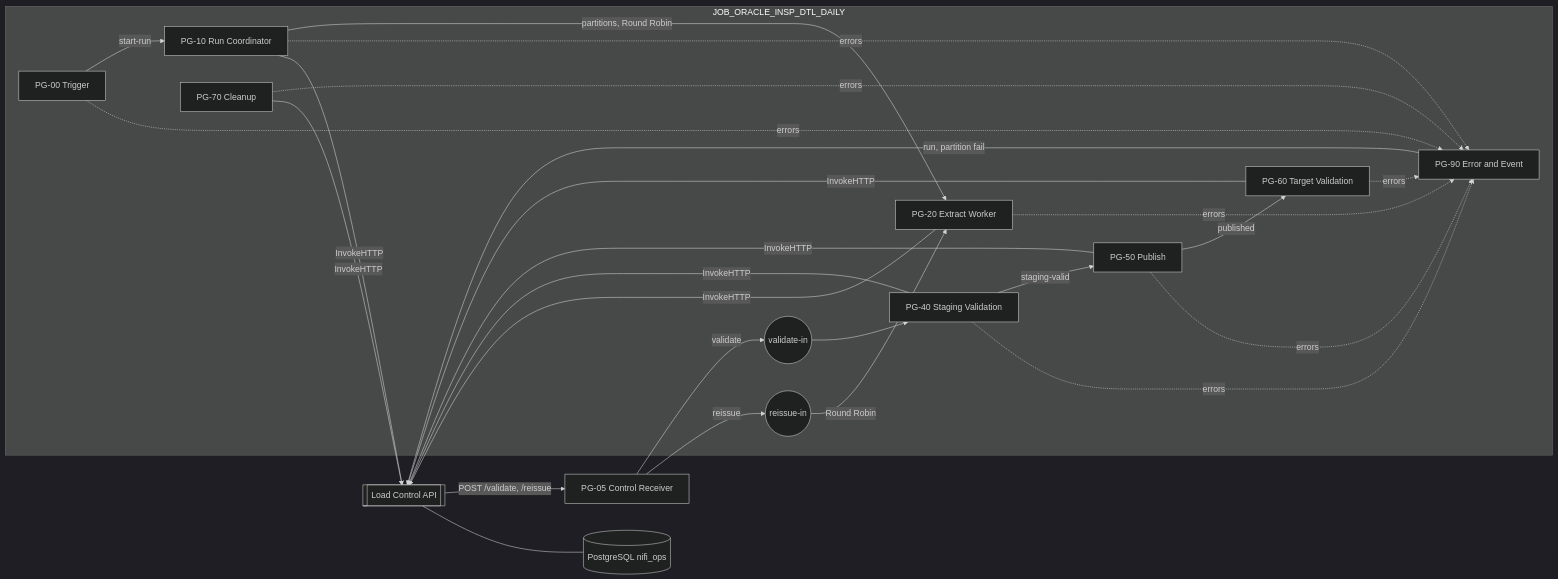
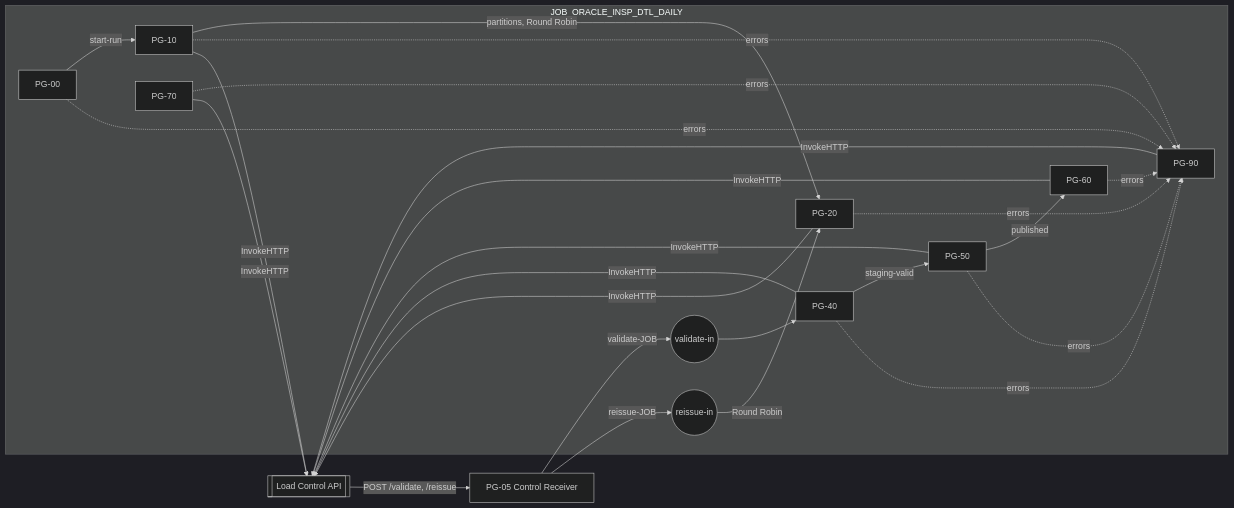
One commit to DataDynamics/nifi-sqoop-removal changed the first of 2 diagrams in nifi-sqoop-removal-guide.md. Above: the diagram before and after it, drawn with Mermaid (dark theme). The commit also changed other lines of this file and 53 other files, not shown here.

````diff
--- a/nifi-sqoop-removal-guide.md
+++ b/nifi-sqoop-removal-guide.md
@@ -221,20 +68,18 @@
 ```mermaid
 flowchart LR
     API[[Load Control API]] -->|POST /validate, /reissue| R5[PG-05 Control Receiver]
     subgraph JOB[JOB_ORACLE_INSP_DTL_DAILY]
-        T[PG-00 Trigger] -->|start-run| C[PG-10 Run Coordinator]
-        C -->|partitions, Round Robin| W[PG-20 Extract Worker]
-        VI((validate-in)) --> S[PG-40 Staging Validation]
+        T[PG-00] -->|start-run| C[PG-10]
+        C -->|partitions, Round Robin| W[PG-20]
+        VI((validate-in)) --> S[PG-40]
         RI((reissue-in)) -->|Round Robin| W
-        S -->|staging-valid| P[PG-50 Publish]
-        P -->|published| V[PG-60 Target Validation]
-        CL[PG-70 Cleanup]
-        E[PG-90 Error and Event]
+        S -->|staging-valid| P[PG-50]
+        P -->|published| V[PG-60]
+        CL[PG-70]
+        E[PG-90]
     end
-    R5 -->|validate| VI
-    R5 -->|reissue| RI
+    R5 -->|validate-JOB| VI
+    R5 -->|reissue-JOB| RI
     T & C & W & S & P & V & CL -.->|errors| E
-    C & W & S & P & V & CL -->|InvokeHTTP| API
-    E -->|run, partition fail| API
-    API --- M[(PostgreSQL nifi_ops)]
+    C & W & S & P & V & CL & E -->|InvokeHTTP| API
 ```
````
